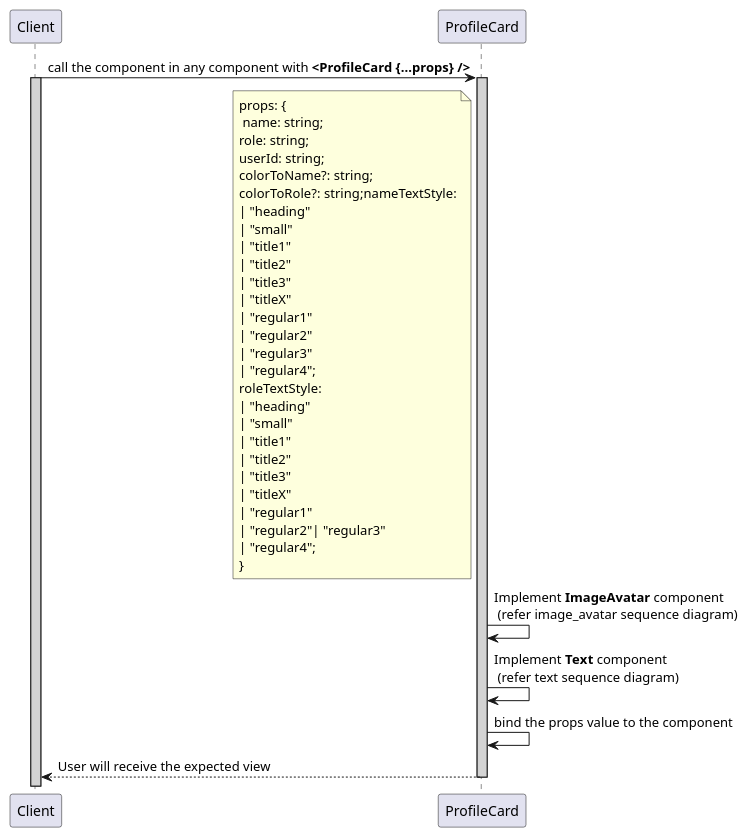
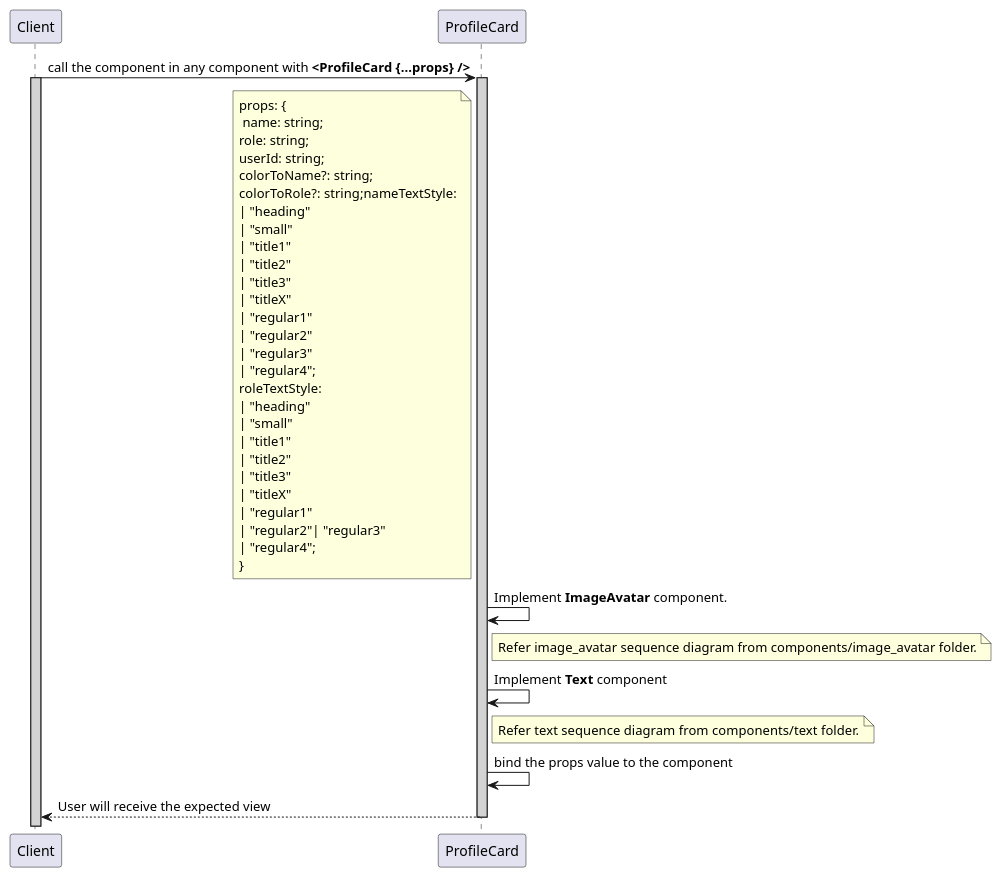
The diagram in frontend/components/profile_card/profile_card.sequence.puml (avasoft-mobility/workday-design), drawn with PlantUML before and after one commit. The commit also changed 8 other files, not shown here.

```diff
--- a/frontend/components/profile_card/profile_card.sequence.puml
+++ b/frontend/components/profile_card/profile_card.sequence.puml
@@ -1,15 +1,17 @@
 @startuml profileCard
 participant Client
 participant ProfileCard
 
 Client -> ProfileCard : call the component in any component with **<ProfileCard {...props} />**
 activate Client #D3D3D3
     activate ProfileCard #D3D3D3
         note left of ProfileCard : props: {\n name: string;\nrole: string;\nuserId: string;\ncolorToName?: string;\ncolorToRole?: string;nameTextStyle:\n| "heading"\n| "small"\n| "title1"\n| "title2"\n| "title3"\n| "titleX"\n| "regular1"\n| "regular2"\n| "regular3"\n| "regular4";\nroleTextStyle:\n| "heading"\n| "small"\n| "title1"\n| "title2"\n| "title3"\n| "titleX"\n| "regular1"\n| "regular2"| "regular3"\n| "regular4";\n}
-        ProfileCard -> ProfileCard : Implement **ImageAvatar** component\n (refer image_avatar sequence diagram)
-        ProfileCard -> ProfileCard : Implement **Text** component\n (refer text sequence diagram)
+        ProfileCard -> ProfileCard : Implement **ImageAvatar** component.
+        note right of ProfileCard : Refer image_avatar sequence diagram from components/image_avatar folder.
+        ProfileCard -> ProfileCard : Implement **Text** component
+        note right of ProfileCard : Refer text sequence diagram from components/text folder.
         ProfileCard -> ProfileCard : bind the props value to the component
         Client <-- ProfileCard : User will receive the expected view 
     deactivate ProfileCard
 deactivate ProfileCard
 @enduml
```
